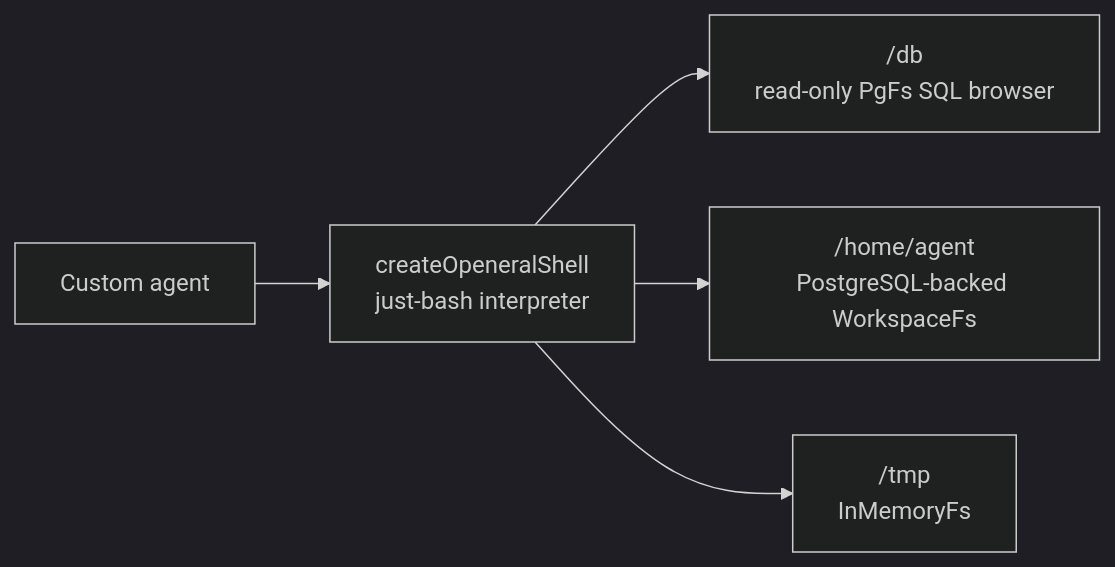
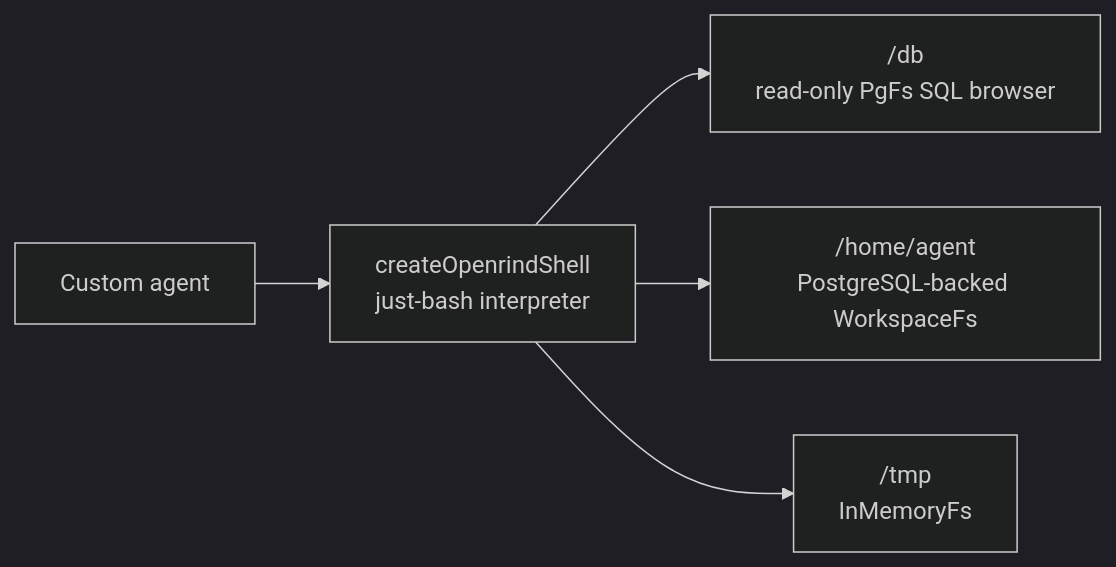
One commit to Pavitra-programmers/openeral changed the fifth of 5 diagrams in ARCHITECTURE.md. Above: the diagram before and after it, drawn with Mermaid (dark theme). The commit also changed other lines of this file and 73 other files, not shown here.

Commit message:
Port just-bash updates to FUSE runtime

````diff
--- a/ARCHITECTURE.md
+++ b/ARCHITECTURE.md
@@ -185,7 +195,7 @@
 ```mermaid
 flowchart LR
-  agent["Custom agent"] --> shell["createOpeneralShell<br/>just-bash interpreter"]
+  agent["Custom agent"] --> shell["createOpenrindShell<br/>just-bash interpreter"]
   shell --> db["/db<br/>read-only PgFs SQL browser"]
   shell --> home["/home/agent<br/>PostgreSQL-backed WorkspaceFs"]
   shell --> tmp["/tmp<br/>InMemoryFs"]
 ```
````
